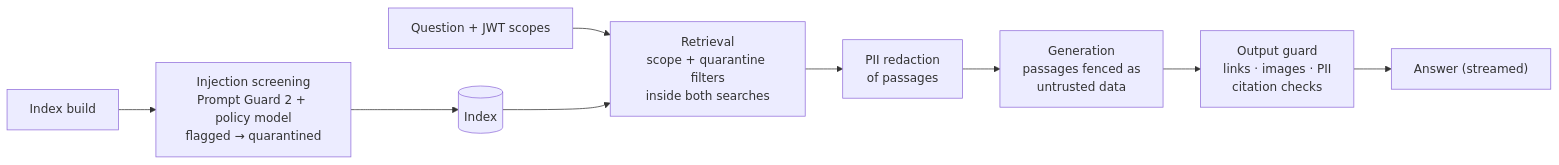
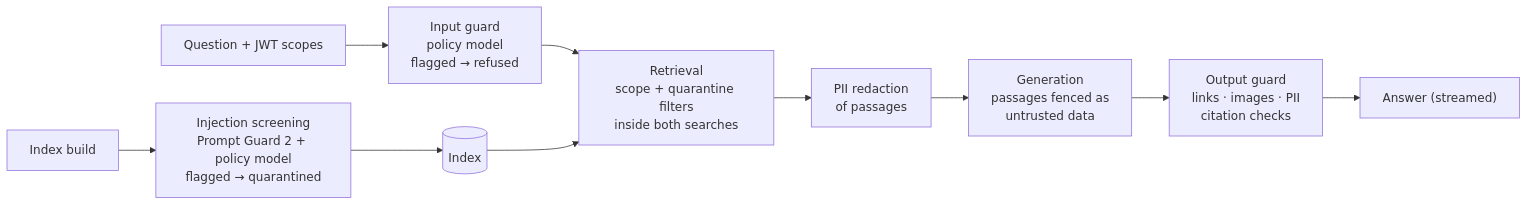
Before and after one commit to krishivsaini/Sentinel: the third of 3 diagrams in README.md, drawn with Mermaid. The commit also changed other lines of this file and 17 other files, not shown here.

````diff
--- a/README.md
+++ b/README.md
@@ -393,11 +428,12 @@
 ```mermaid
 flowchart LR
     I["Index build"] --> SC["Injection screening<br/>Prompt Guard 2 + policy model<br/>flagged → quarantined"]
     SC --> IDX[("Index")]
-    Q["Question + JWT scopes"] --> R["Retrieval<br/>scope + quarantine filters<br/>inside both searches"]
+    Q["Question + JWT scopes"] --> IG["Input guard<br/>policy model<br/>flagged → refused"]
+    IG --> R["Retrieval<br/>scope + quarantine filters<br/>inside both searches"]
     IDX --> R
     R --> P["PII redaction<br/>of passages"]
     P --> G["Generation<br/>passages fenced as<br/>untrusted data"]
     G --> O["Output guard<br/>links · images · PII<br/>citation checks"]
     O --> A["Answer (streamed)"]
 ```
````
